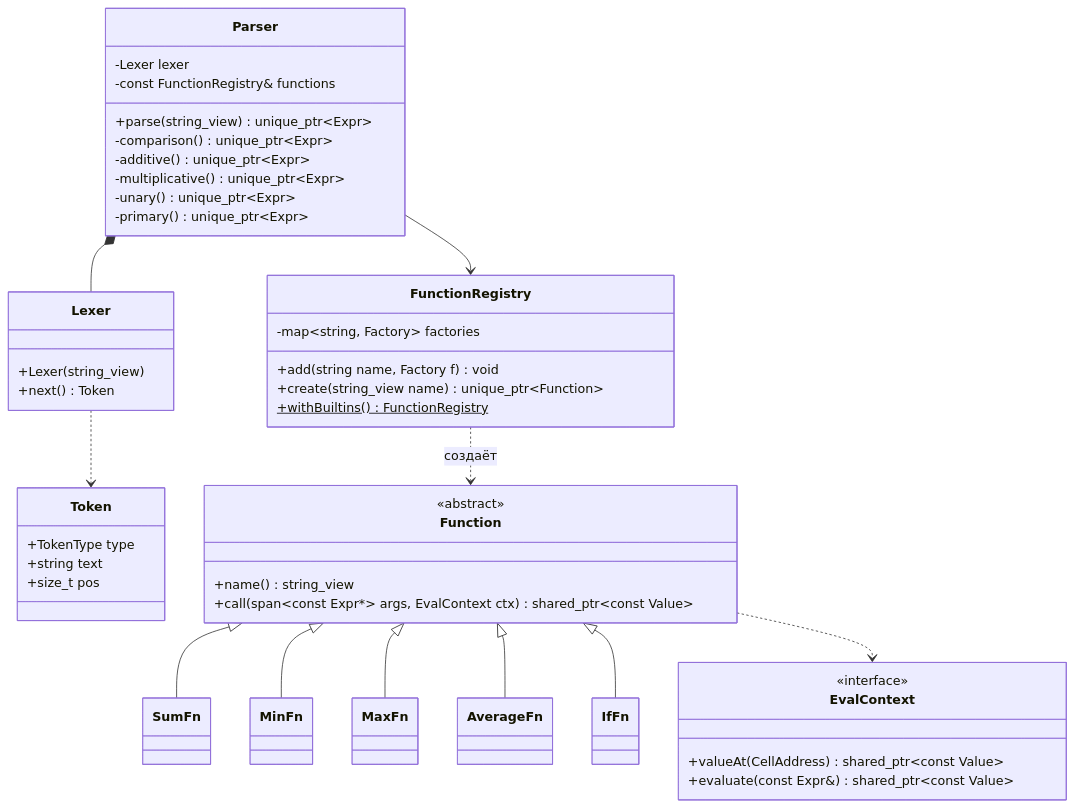
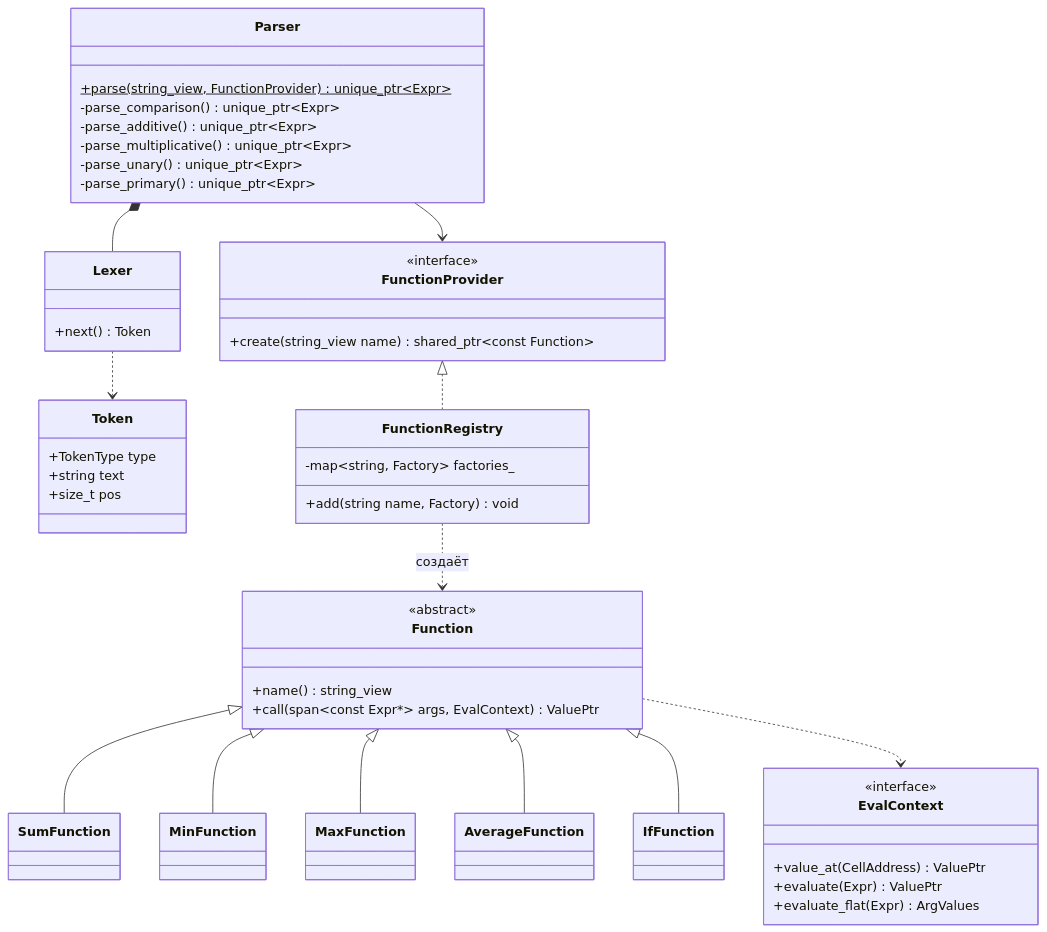
The third of 5 diagrams in DESIGN.md (mtvxlqq/spreadsheet_software_nsu), drawn with Mermaid before and after one commit. The commit also changed other lines of this file and 1 other file, not shown here.

````diff
--- a/DESIGN.md
+++ b/DESIGN.md
@@ -159,56 +174,57 @@
 ```mermaid
 classDiagram
     class Token {
         +TokenType type
         +string text
         +size_t pos
     }
     class Lexer {
-        +Lexer(string_view)
         +next() Token
     }
     class Parser {
-        -Lexer lexer
-        -const FunctionRegistry& functions
-        +parse(string_view) unique_ptr~Expr~
-        -comparison() unique_ptr~Expr~
-        -additive() unique_ptr~Expr~
-        -multiplicative() unique_ptr~Expr~
-        -unary() unique_ptr~Expr~
-        -primary() unique_ptr~Expr~
+        +parse(string_view, FunctionProvider) unique_ptr~Expr~$
+        -parse_comparison() unique_ptr~Expr~
+        -parse_additive() unique_ptr~Expr~
+        -parse_multiplicative() unique_ptr~Expr~
+        -parse_unary() unique_ptr~Expr~
+        -parse_primary() unique_ptr~Expr~
     }
     Parser *-- Lexer
     Lexer ..> Token
-    Parser --> FunctionRegistry
+    Parser --> FunctionProvider
 
     class Function {
         <<abstract>>
         +name() string_view
-        +call(span~const Expr*~ args, EvalContext ctx) shared_ptr~const Value~
+        +call(span~const Expr*~ args, EvalContext) ValuePtr
     }
-    class SumFn
-    class MinFn
-    class MaxFn
-    class AverageFn
-    class IfFn
-    Function <|-- SumFn
-    Function <|-- MinFn
-    Function <|-- MaxFn
-    Function <|-- AverageFn
-    Function <|-- IfFn
+    class SumFunction
+    class MinFunction
+    class MaxFunction
+    class AverageFunction
+    class IfFunction
+    Function <|-- SumFunction
+    Function <|-- MinFunction
+    Function <|-- MaxFunction
+    Function <|-- AverageFunction
+    Function <|-- IfFunction
 
+    class FunctionProvider {
+        <<interface>>
+        +create(string_view name) shared_ptr~const Function~
+    }
     class FunctionRegistry {
-        -map~string, Factory~ factories
-        +add(string name, Factory f) void
-        +create(string_view name) unique_ptr~Function~
-        +withBuiltins() FunctionRegistry$
+        -map~string, Factory~ factories_
+        +add(string name, Factory) void
     }
+    FunctionProvider <|.. FunctionRegistry
     FunctionRegistry ..> Function : создаёт
 
     class EvalContext {
         <<interface>>
-        +valueAt(CellAddress) shared_ptr~const Value~
-        +evaluate(const Expr&) shared_ptr~const Value~
+        +value_at(CellAddress) ValuePtr
+        +evaluate(Expr) ValuePtr
+        +evaluate_flat(Expr) ArgValues
     }
     Function ..> EvalContext
 ```
````
